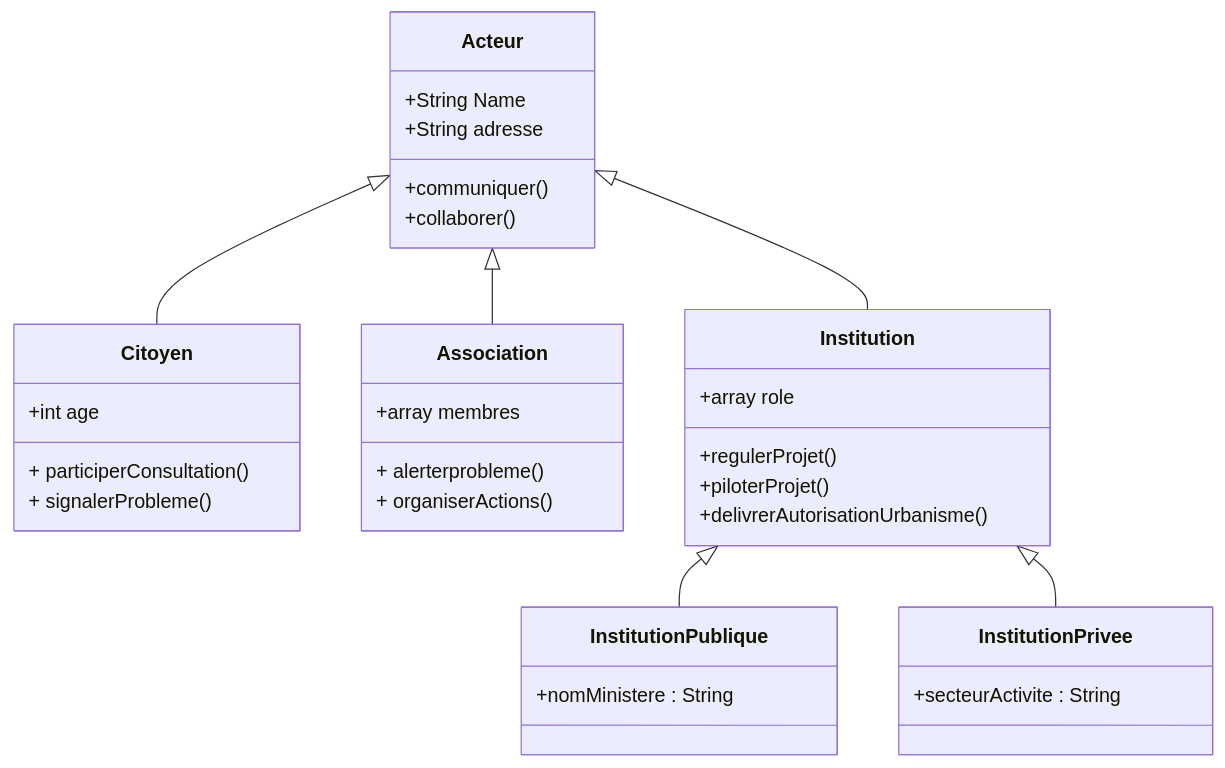
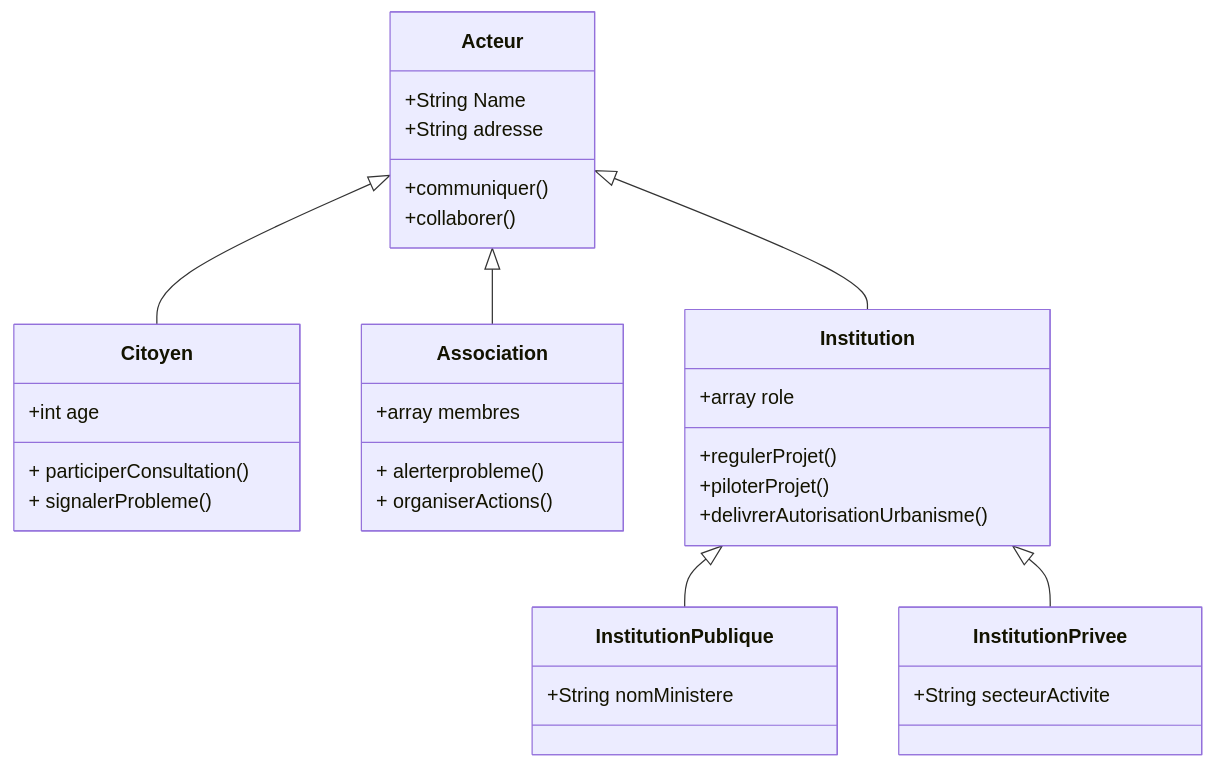
Before and after one commit to kahiarchi/plaine---saint--Denis---batiment-: the diagram in acteursDoudousml.md, drawn with Mermaid.

````diff
--- a/acteursDoudousml.md
+++ b/acteursDoudousml.md
@@ -1,36 +1,36 @@
 ```mermaid
 classDiagram
     Acteur <|-- Citoyen
     Acteur <|-- Association
     Acteur <|-- Institution
     Institution <|-- InstitutionPublique
     Institution <|-- InstitutionPrivee
     Acteur : +String Name
     Acteur : +String adresse
     Acteur: +communiquer()
     Acteur: +collaborer()
     class Citoyen{
       +int age
       + participerConsultation()
       + signalerProbleme()
     }
 class Institution {
         +array role
         +regulerProjet()
         +piloterProjet()
         +delivrerAutorisationUrbanisme()
     }
     class Association{
 
     +array membres 
     + alerterprobleme()
     + organiserActions()
     }
      class InstitutionPublique {
-      +nomMinistere : String
+      +String nomMinistere 
     }
 
     class InstitutionPrivee {
-      +secteurActivite : String
+      +String secteurActivite 
     }
 ```
````
